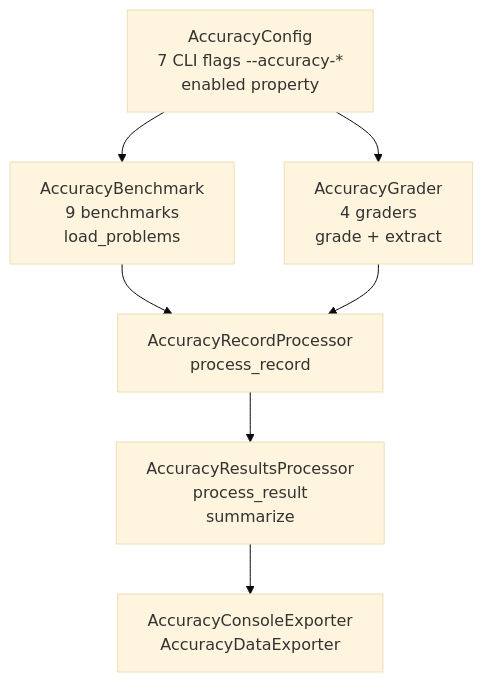
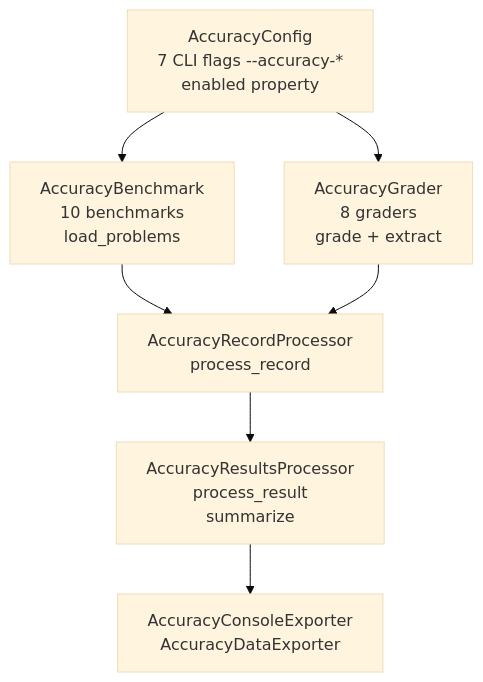
One commit to ai-dynamo/aiperf changed the diagram in docs/accuracy/accuracy_stubs.md. Above: the diagram before and after it, drawn with Mermaid (base theme). The commit also changed other lines of this file and 5 other files, not shown here.

````diff
--- a/docs/accuracy/accuracy_stubs.md
+++ b/docs/accuracy/accuracy_stubs.md
@@ -29,9 +29,9 @@
 ```mermaid
 graph TD
-    A[AccuracyConfig<br/>7 CLI flags --accuracy-*<br/>enabled property] --> B[AccuracyBenchmark<br/>9 benchmarks<br/>load_problems]
-    A --> C[AccuracyGrader<br/>4 graders<br/>grade + extract]
+    A[AccuracyConfig<br/>7 CLI flags --accuracy-*<br/>enabled property] --> B[AccuracyBenchmark<br/>10 benchmarks<br/>load_problems]
+    A --> C[AccuracyGrader<br/>8 graders<br/>grade + extract]
     B --> D[AccuracyRecordProcessor<br/>process_record]
     C --> D
     D --> E[AccuracyResultsProcessor<br/>process_result<br/>summarize]
     E --> F[AccuracyConsoleExporter<br/>AccuracyDataExporter]
 ```
````
